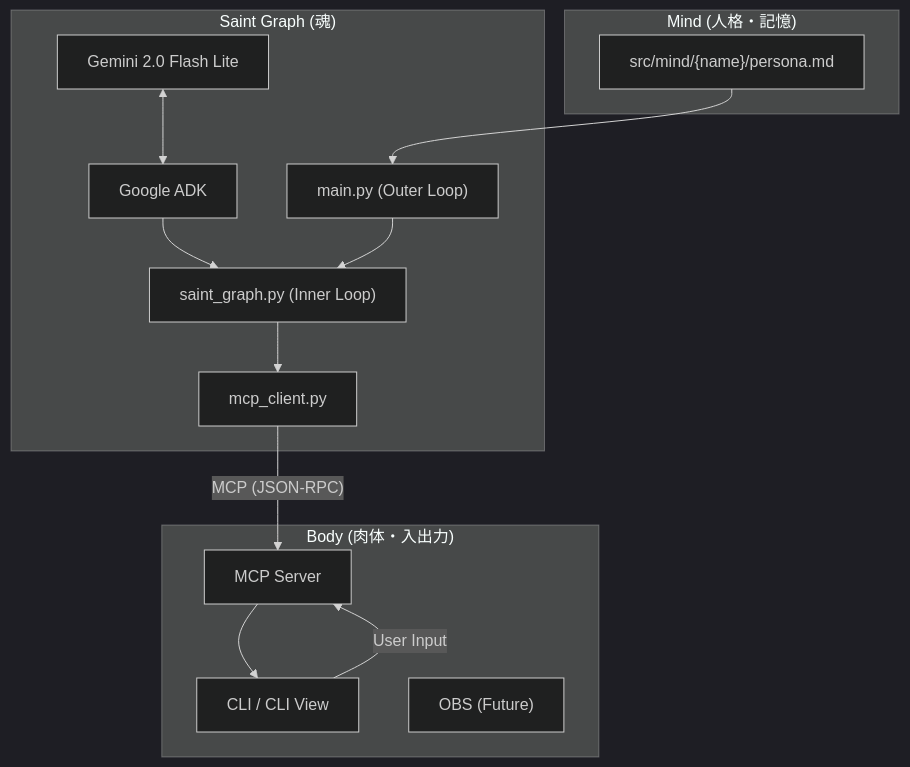
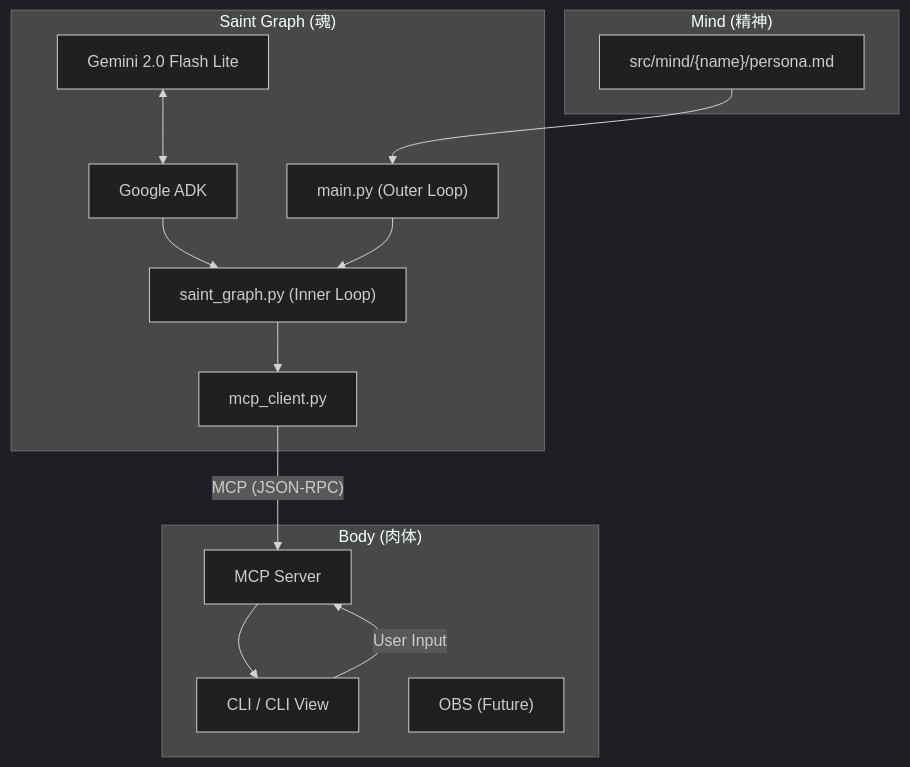
One commit to koduki/ai-tuber changed the diagram in docs/ARCHITECTURE.md. Above: the diagram before and after it, drawn with Mermaid (dark theme). The commit also changed other lines of this file and 3 other files, not shown here.

````diff
--- a/docs/ARCHITECTURE.md
+++ b/docs/ARCHITECTURE.md
@@ -10,29 +10,29 @@
 ```mermaid
 graph TD
-  subgraph Mind ["Mind (人格・記憶)"]
+  subgraph Mind ["Mind (精神)"]
     Persona["src/mind/{name}/persona.md"]
   end
 
   subgraph SaintGraph ["Saint Graph (魂)"]
     Gemini["Gemini 2.0 Flash Lite"]
     ADK["Google ADK"]
     Logic["main.py (Outer Loop)"]
     Soul["saint_graph.py (Inner Loop)"]
     Client["mcp_client.py"]
   end
 
-  subgraph Body ["Body (肉体・入出力)"]
+  subgraph Body ["Body (肉体)"]
     Server["MCP Server"]
     CLI["CLI / CLI View"]
     Obs["OBS (Future)"]
   end
 
   Persona --> Logic
   Gemini <--> ADK
   ADK --> Soul
   Logic --> Soul
   Soul --> Client
   Client -- "MCP (JSON-RPC)" --> Server
   Server --> CLI
   CLI -- "User Input" --> Server
 ```
````
